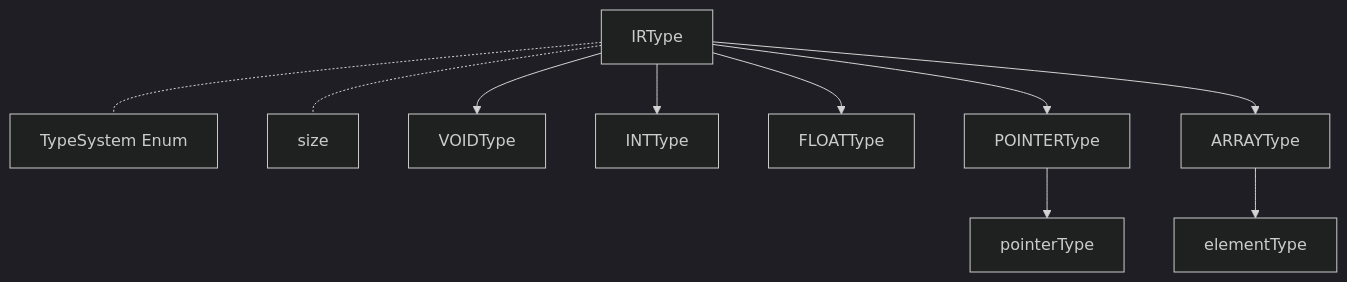
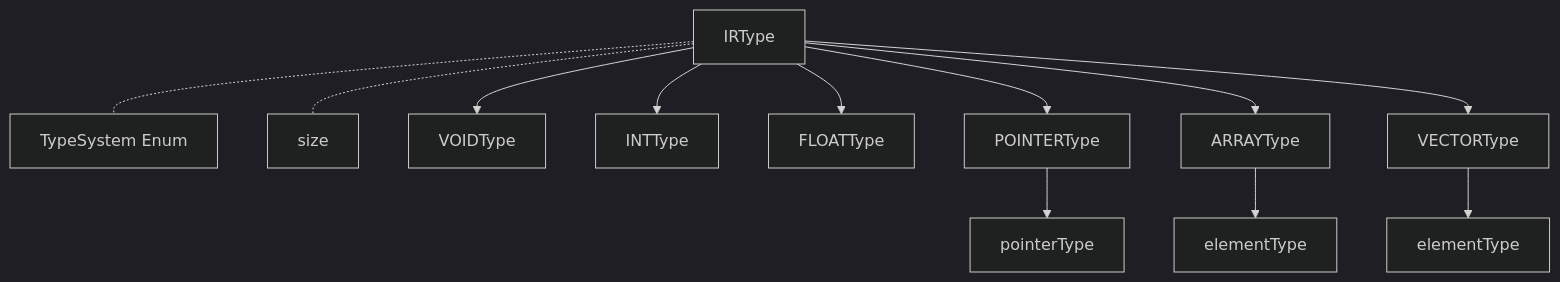
The tenth of 34 diagrams in Compiler/doc/DOCS.md (lyjy051219/SysYCompiler), drawn with Mermaid (dark theme) before and after one commit. The commit also changed other lines of this file and 61 other files, not shown here.

````diff
--- a/Compiler/doc/DOCS.md
+++ b/Compiler/doc/DOCS.md
@@ -529,12 +517,14 @@
   ```mermaid
   graph TD
   	N1[IRType] -.- N2[TypeSystem Enum]
   	N1[IRType] -.- N3[size]
   	N1[IRType] --> N4[VOIDType]
   	N1[IRType] --> N6[INTType]
   	N1[IRType] --> N10[FLOATType]
   	N1[IRType] --> N14[POINTERType]
   	N14[POINTERType] --> N15[pointerType]
   	N1[IRType] --> N16[ARRAYType]
   	N16[ARRAYType] --> N17[elementType]
+  	N1[IRType] --> N18[VECTORType]
+  	N18[VECTORType] --> N19[elementType]
   ```
````
